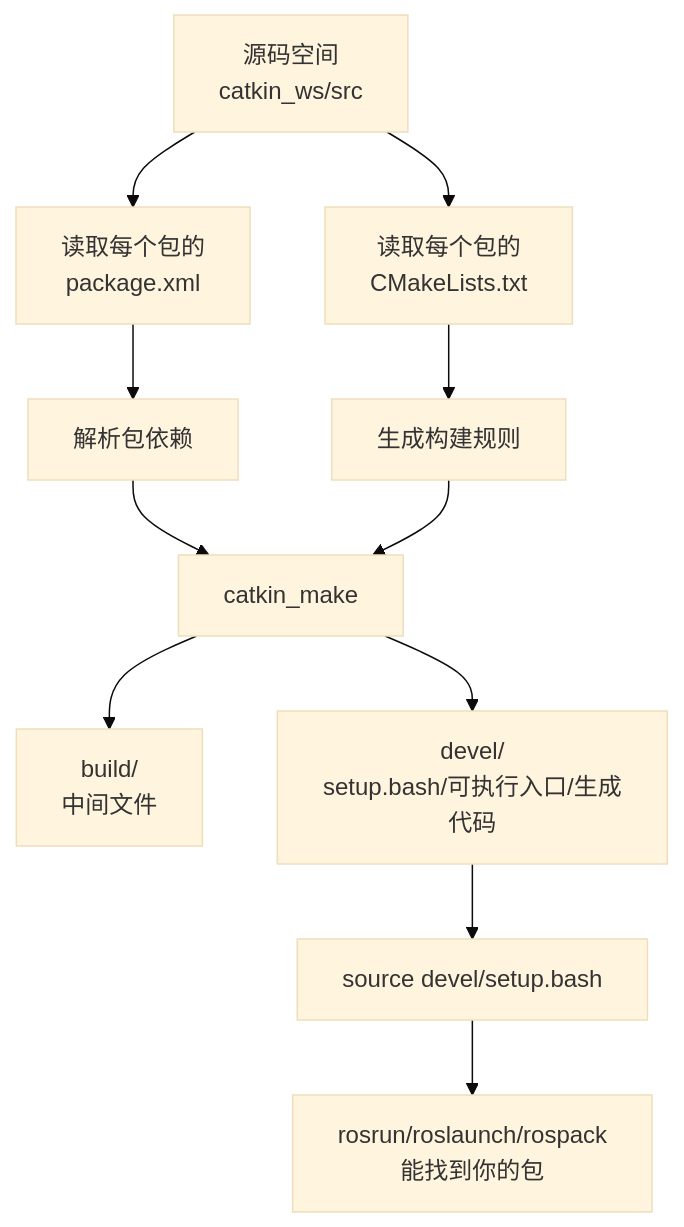
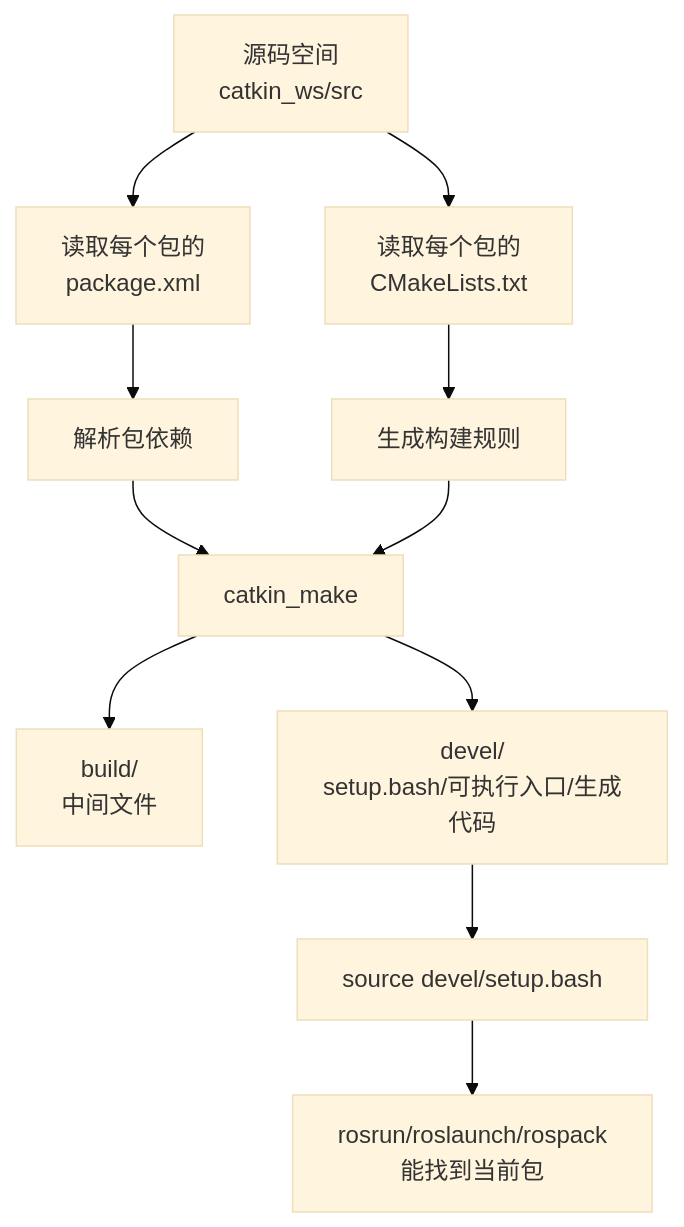
Before and after one commit to Xiong-z-x/ROS: the third of 5 diagrams in chapters/05-catkin工作空间与功能包.md, drawn with Mermaid (base theme). The commit also changed other lines of this file and 17 other files, not shown here.

````diff
--- a/chapters/05-catkin工作空间与功能包.md
+++ b/chapters/05-catkin工作空间与功能包.md
@@ -105,13 +105,13 @@
 ```mermaid
 flowchart TB
   A[源码空间<br/>catkin_ws/src] --> B[读取每个包的<br/>package.xml]
   A --> C[读取每个包的<br/>CMakeLists.txt]
   B --> D[解析包依赖]
   C --> E[生成构建规则]
   D --> F[catkin_make]
   E --> F
   F --> G[build/<br/>中间文件]
   F --> H[devel/<br/>setup.bash/可执行入口/生成代码]
   H --> I[source devel/setup.bash]
-  I --> J[rosrun/roslaunch/rospack<br/>能找到你的包]
+  I --> J[rosrun/roslaunch/rospack<br/>能找到当前包]
 ```
````
